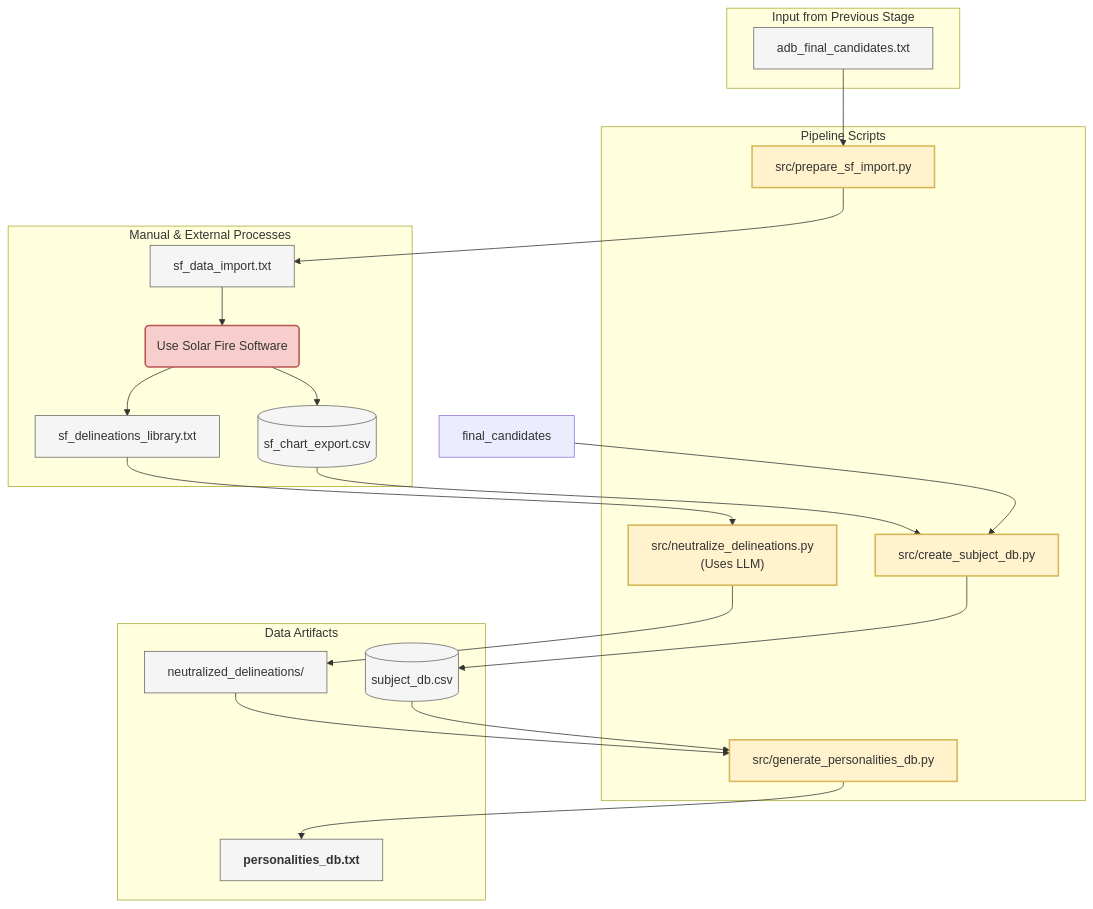
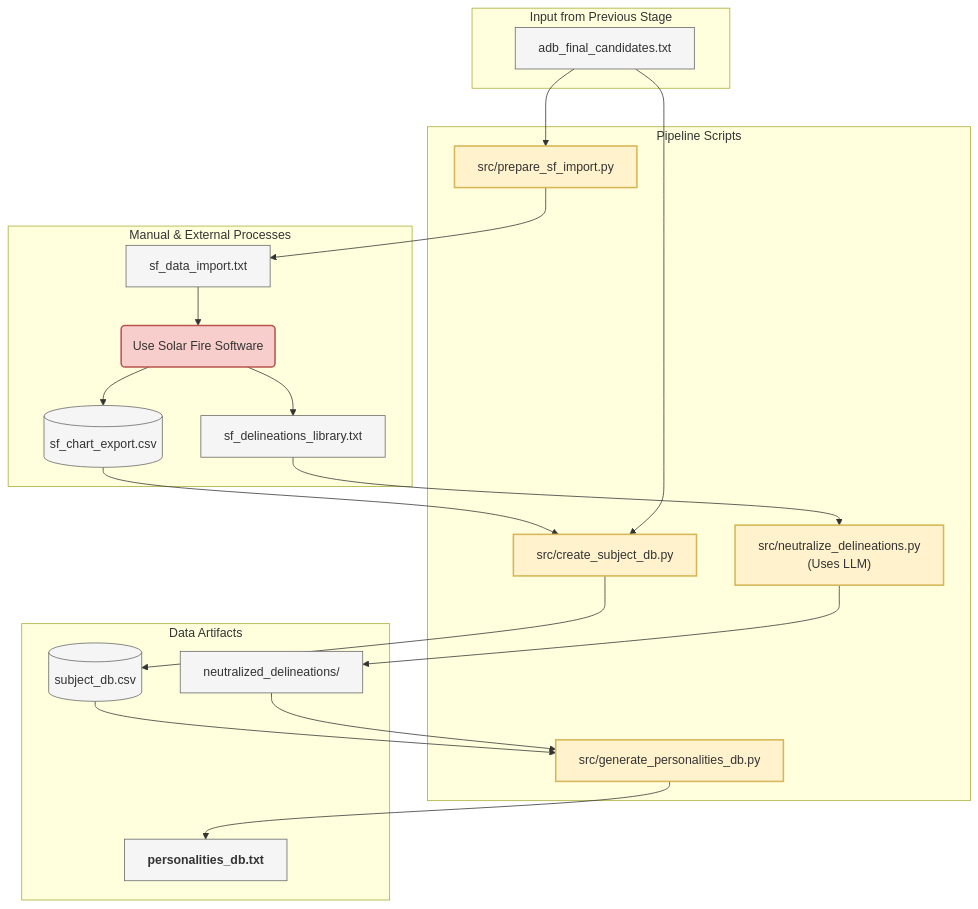
Before and after one commit to peterjmarko/llm-narrative-framework: the diagram in docs/diagrams/data_prep_flow_3_generation.mmd, drawn with Mermaid. The commit also changed 29 other files, not shown here.

```diff
--- a/docs/diagrams/data_prep_flow_3_generation.mmd
+++ b/docs/diagrams/data_prep_flow_3_generation.mmd
@@ -1,59 +1,59 @@
 graph TD
     %% Define Styles
     classDef scriptStyle fill:#fff2cc,stroke:#d6b656,stroke-width:2px
     classDef artifactFileStyle fill:#f5f5f5,stroke:#666,stroke-width:1px
     classDef artifactDBStyle fill:#f5f5f5,stroke:#666,stroke-width:1px
     classDef manualStyle fill:#f8cecc,stroke:#b85450,stroke-width:2px
     classDef inputStyle fill:#d5e8d4,stroke:#82b366,stroke-width:2px
 
     subgraph "Input from Previous Stage"
         final_candidates_in[adb_final_candidates.txt]
     end
 
     subgraph "Pipeline Scripts"
         prepare_sf[src/prepare_sf_import.py]
         neutralize_dels["src/neutralize_delineations.py<br/>(Uses LLM)"]
         create_subject[src/create_subject_db.py]
         gen_personalities[src/generate_personalities_db.py]
     end
 
     subgraph "Manual & External Processes"
         sf_import[sf_data_import.txt]
         manual_sf(Use Solar Fire Software)
         sf_export[(sf_chart_export.csv)]
         sf_lib[sf_delineations_library.txt]
     end
 
     subgraph "Data Artifacts"
         neutralized[neutralized_delineations/]
         subject_db[(subject_db.csv)]
         final_product[personalities_db.txt]
     end
 
     %% Connections
     final_candidates_in --> prepare_sf
     prepare_sf --> sf_import
     sf_import --> manual_sf
     manual_sf --> sf_export
     manual_sf --> sf_lib
     
     sf_lib --> neutralize_dels
     neutralize_dels --> neutralized
 
     sf_export --> create_subject
-    final_candidates --> create_subject
+    final_candidates_in --> create_subject
     create_subject --> subject_db
 
     subject_db --> gen_personalities
     neutralized --> gen_personalities
     gen_personalities --> final_product
 
     %% Apply Styles
     classDef finalProductStyle fill:#d5e8d4,stroke:#82b366,stroke-width:2px,font-weight:bold
 
     class final_candidates_in artifactFileStyle
     class final_product finalProductStyle
     class prepare_sf,neutralize_dels,create_subject,gen_personalities scriptStyle
     class sf_import,sf_lib,neutralized,final_product artifactFileStyle
     class sf_export,subject_db artifactDBStyle
     class manual_sf manualStyle
```
